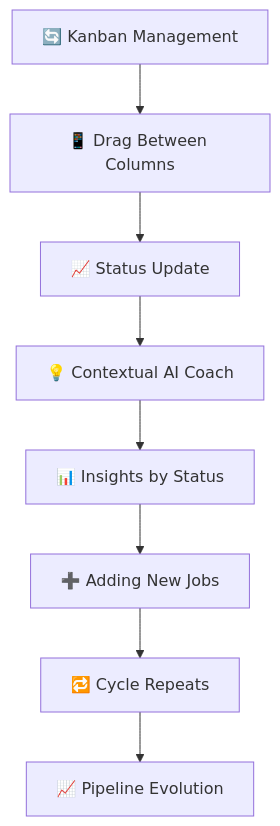
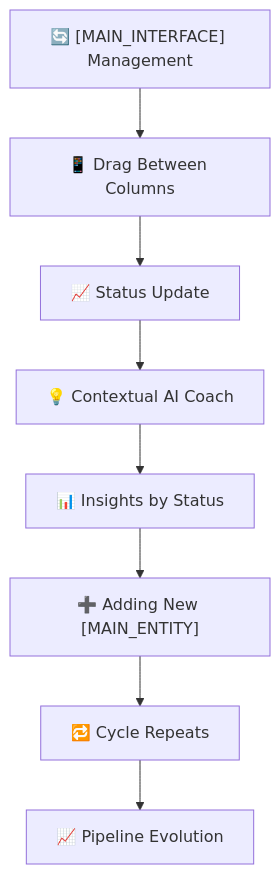
Before and after one commit to brunosrosa/codex-prime-framework: the third of 4 diagrams in .codex-prime/01_TEMPLATES/01_Produto_Product/en-us/02_REQUIREMENTS_AND_STORIES/04_USER_STORIES_ACCEPTANCE_CRITERIA/03_US_MVP_USER_JOURNEY.md, drawn with Mermaid. The commit also changed other lines of this file and 70 other files, not shown here.

````diff
--- a/.codex-prime/01_TEMPLATES/01_Produto_Product/en-us/02_REQUIREMENTS_AND_STORIES/04_USER_STORIES_ACCEPTANCE_CRITERIA/03_US_MVP_USER_JOURNEY.md
+++ b/.codex-prime/01_TEMPLATES/01_Produto_Product/en-us/02_REQUIREMENTS_AND_STORIES/04_USER_STORIES_ACCEPTANCE_CRITERIA/03_US_MVP_USER_JOURNEY.md
@@ -99,10 +99,10 @@
 ```mermaid
 flowchart TD
-    A["🔄 Kanban Management"] --> B["📱 Drag Between Columns"]
+    A["🔄 [MAIN_INTERFACE] Management"] --> B["📱 Drag Between Columns"]
     B --> C["📈 Status Update"]
     C --> D["💡 Contextual AI Coach"]
     D --> E["📊 Insights by Status"]
-    E --> F["➕ Adding New Jobs"]
+    E --> F["➕ Adding New [MAIN_ENTITY]"]
     F --> G["🔁 Cycle Repeats"]
     G --> H["📈 Pipeline Evolution"]
 ```
````
